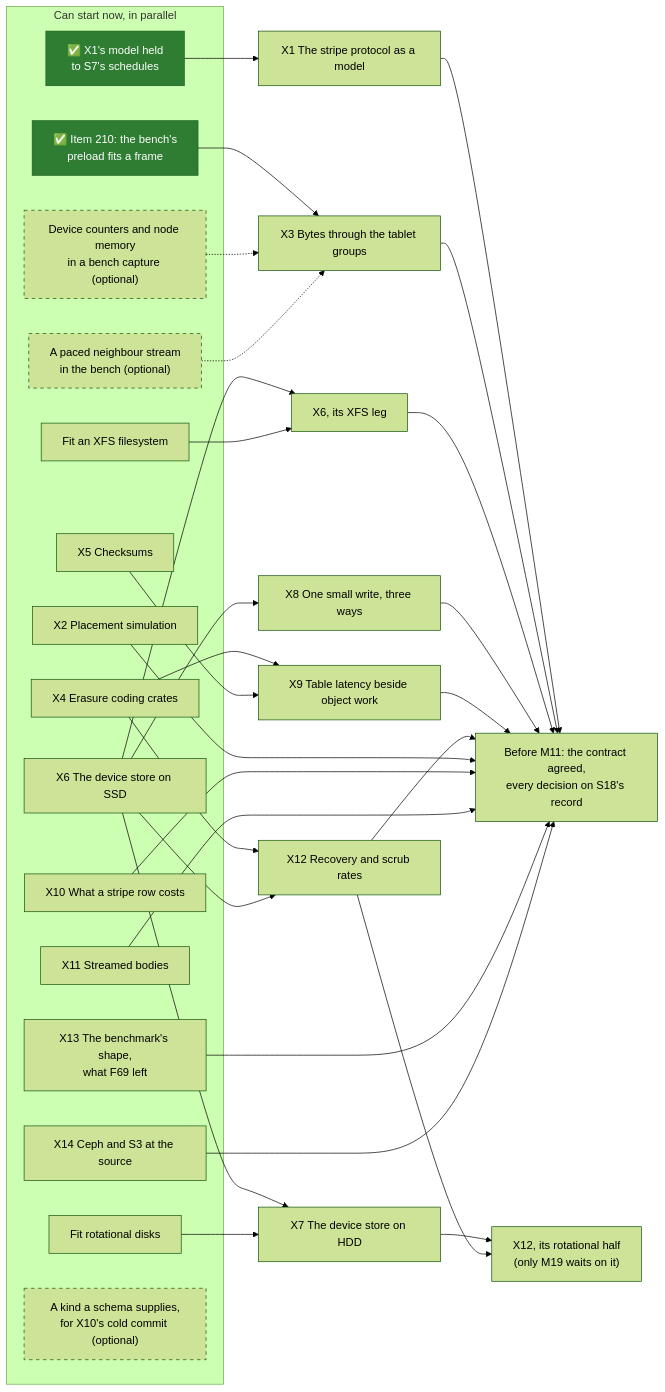
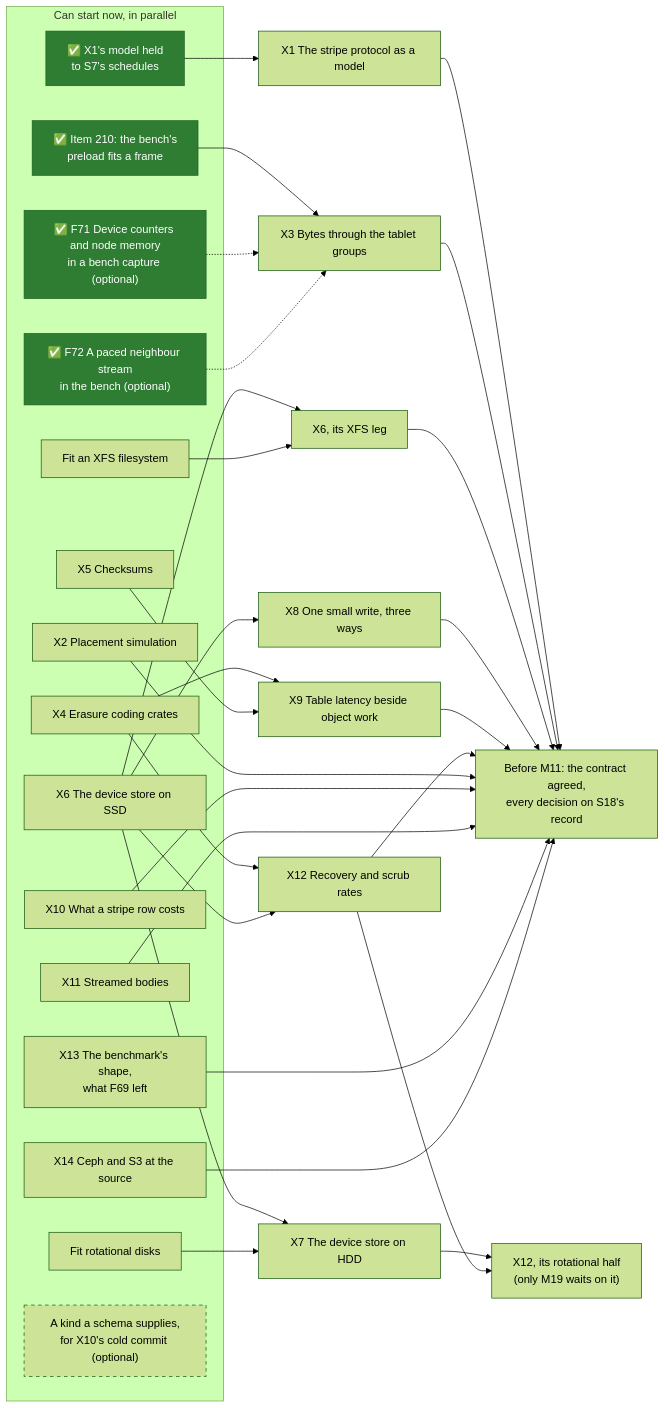
Before and after one commit to mjcarson/shoal: the first of 2 diagrams in docs/src/object-storage/whats-left-todo.md, drawn with Mermaid (forest theme). The commit also changed 28 other files, not shown here.

First line of the commit message:
feat(shoaladm): device counters, node memory and a paced stream in a bench capture (F71, F72)

````diff
--- a/docs/src/object-storage/whats-left-todo.md
+++ b/docs/src/object-storage/whats-left-todo.md
@@ -24,57 +24,57 @@
 ```mermaid
 flowchart LR
     classDef done fill:#2e7d32,stroke:#1b5e20,color:#ffffff
     classDef optional stroke-dasharray: 5 5
     subgraph now["Can start now, in parallel"]
         R1["✅ X1's model held<br>to S7's schedules"]:::done
         R2["✅ Item 210: the bench's<br>preload fits a frame"]:::done
         XFS["Fit an XFS filesystem"]
         Disks["Fit rotational disks"]
         X2["X2 Placement simulation"]
         X4["X4 Erasure coding crates"]
         X5["X5 Checksums"]
         X6["X6 The device store on SSD"]
         X10["X10 What a stripe row costs"]
         X11["X11 Streamed bodies"]
         X13["X13 The benchmark's shape,<br>what F69 left"]
         X14["X14 Ceph and S3 at the source"]
-        Counters["Device counters and node memory<br>in a bench capture (optional)"]:::optional
-        Neighbour["A paced neighbour stream<br>in the bench (optional)"]:::optional
+        Counters["✅ F71 Device counters and node memory<br>in a bench capture (optional)"]:::done
+        Neighbour["✅ F72 A paced neighbour stream<br>in the bench (optional)"]:::done
         Kinds["A kind a schema supplies,<br>for X10's cold commit (optional)"]:::optional
     end
     X1["X1 The stripe protocol as a model"]
     X3["X3 Bytes through the tablet groups"]
     X6x["X6, its XFS leg"]
     X7["X7 The device store on HDD"]
     X8["X8 One small write, three ways"]
     X9["X9 Table latency beside object work"]
     X12["X12 Recovery and scrub rates"]
     X12r["X12, its rotational half<br>(only M19 waits on it)"]
     Gate["Before M11: the contract agreed,<br>every decision on S18's record"]
     R1 --> X1
     R2 --> X3
     X6 --> X6x
     XFS --> X6x
     X6 --> X7
     Disks --> X7
     X6 --> X8
     X4 --> X9
     X5 --> X9
     X4 --> X12
     X6 --> X12
     X7 --> X12r
     X12 --> X12r
     Counters -.-> X3
     Neighbour -.-> X3
     X1 --> Gate
     X3 --> Gate
     X6x --> Gate
     X8 --> Gate
     X9 --> Gate
     X12 --> Gate
     X2 ---> Gate
     X10 ---> Gate
     X11 ---> Gate
     X13 ---> Gate
     X14 ---> Gate
 ```
````
